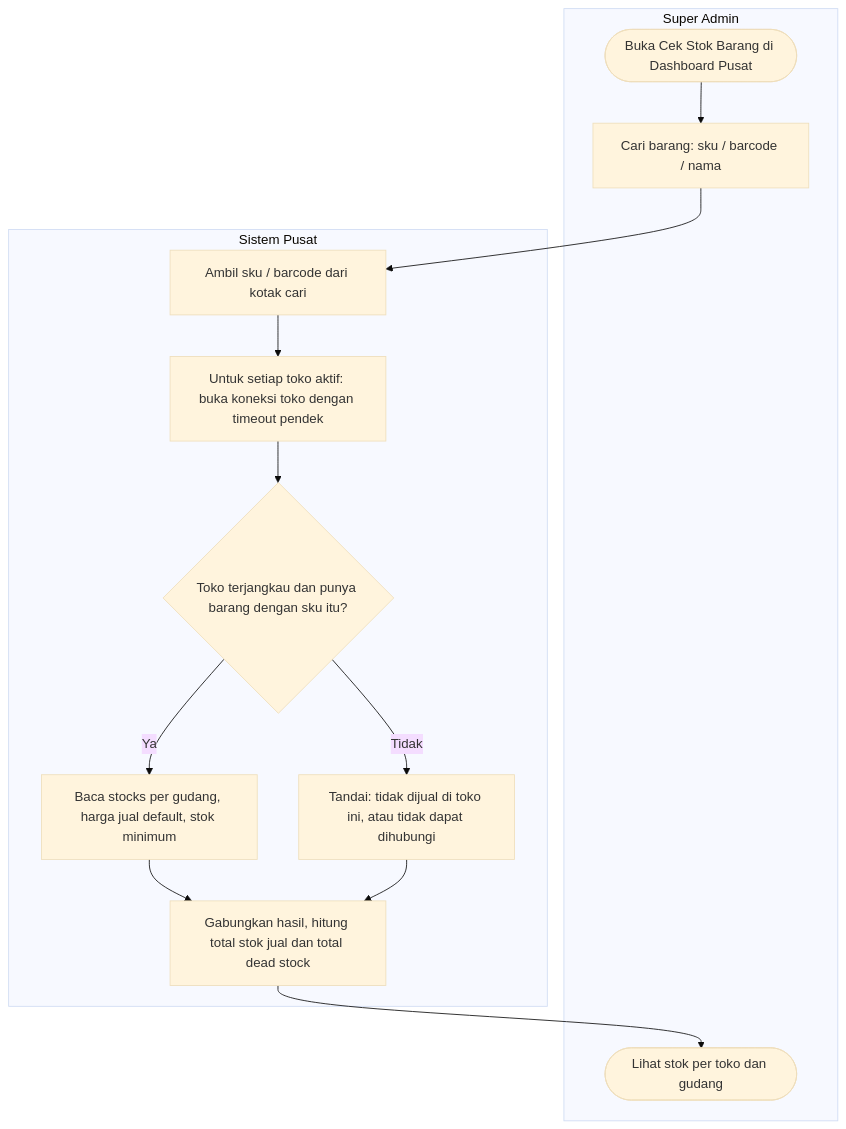
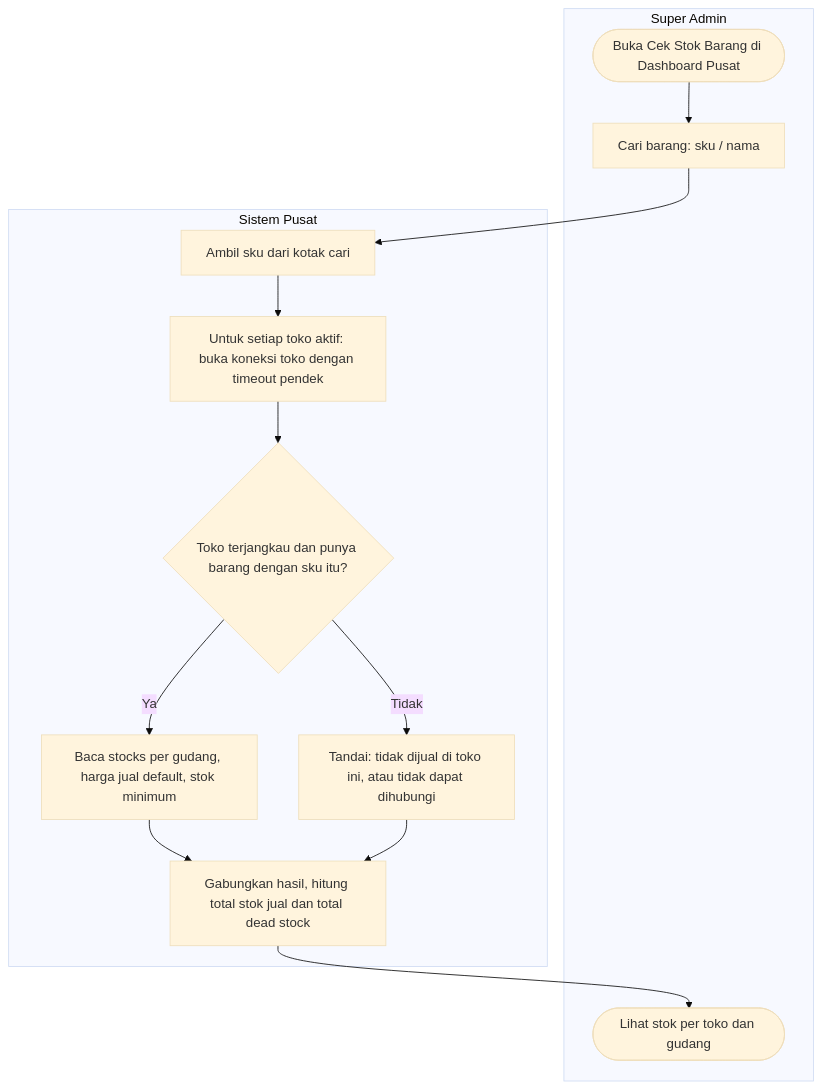
Before and after one commit to aliefpraditya/store-management: diagram 14 of 30 in docs/analisis-sistem.md, drawn with Mermaid (base theme). The commit also changed other lines of this file and 113 other files, not shown here.

````diff
--- a/docs/analisis-sistem.md
+++ b/docs/analisis-sistem.md
@@ -792,19 +792,19 @@
 ```mermaid
 flowchart TD
     subgraph SA["Super Admin"]
-        A1(["Buka Cek Stok Barang di Dashboard Pusat"]) --> A2["Cari barang: sku / barcode / nama"]
+        A1(["Buka Cek Stok Barang di Dashboard Pusat"]) --> A2["Cari barang: sku / nama"]
         A9(["Lihat stok per toko dan gudang"])
     end
     subgraph SYS["Sistem Pusat"]
-        S1["Ambil sku / barcode dari kotak cari"]
+        S1["Ambil sku dari kotak cari"]
         S2["Untuk setiap toko aktif: buka koneksi toko dengan timeout pendek"]
         S3{"Toko terjangkau dan punya barang dengan sku itu?"}
         S4["Baca stocks per gudang, harga jual default, stok minimum"]
         S5["Tandai: tidak dijual di toko ini, atau tidak dapat dihubungi"]
         S6["Gabungkan hasil, hitung total stok jual dan total dead stock"]
     end
     A2 --> S1 --> S2 --> S3
     S3 -->|"Ya"| S4 --> S6
     S3 -->|"Tidak"| S5 --> S6
     S6 --> A9
 ```
````
